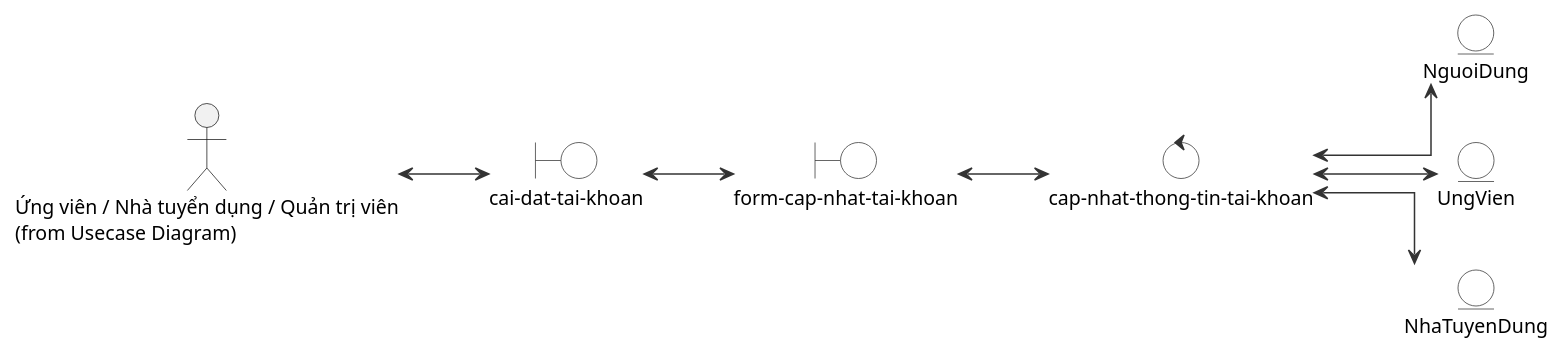
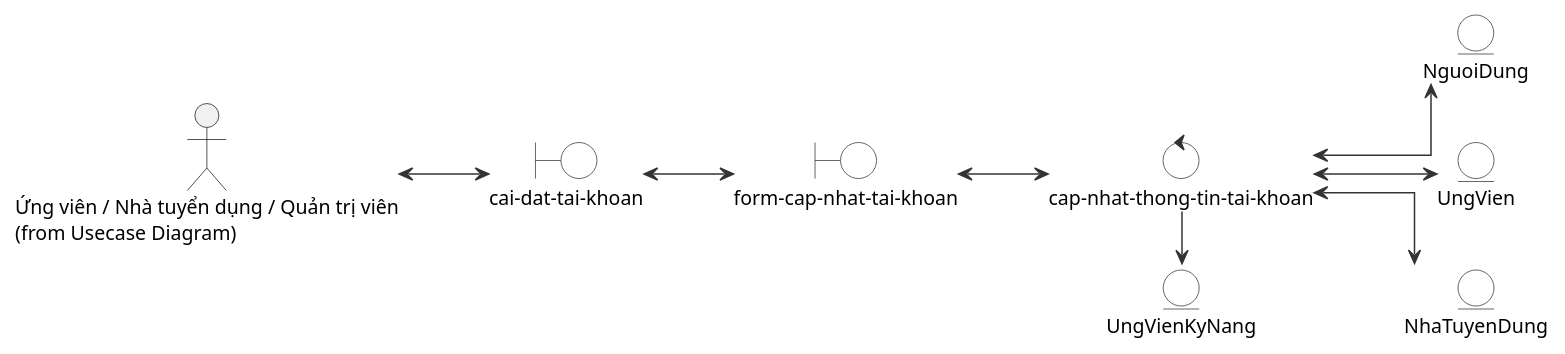
The diagram in docs/so-do/04-robustness/07-robustness-cap-nhat-thong-tin-tai-khoan.puml (hole-six/DoAn), drawn with PlantUML before and after one commit. The commit also changed 66 other files, not shown here.

```diff
--- a/docs/so-do/04-robustness/07-robustness-cap-nhat-thong-tin-tai-khoan.puml
+++ b/docs/so-do/04-robustness/07-robustness-cap-nhat-thong-tin-tai-khoan.puml
@@ -1,39 +1,41 @@
 @startuml
 skinparam defaultFontName "Segoe UI"
 skinparam defaultFontSize 13
 skinparam shadowing false
 skinparam linetype ortho
 left to right direction
 skinparam actorStyle stick
 skinparam roundcorner 8
 skinparam ArrowColor #333333
 skinparam rectangleBorderColor #333333
 skinparam boundary {
   BackgroundColor White
   BorderColor #333333
 }
 skinparam control {
   BackgroundColor White
   BorderColor #333333
 }
 skinparam entity {
   BackgroundColor White
   BorderColor #333333
 }
 
 actor "Ứng viên / Nhà tuyển dụng / Quản trị viên\n(from Usecase Diagram)" as Actor
 boundary "cai-dat-tai-khoan" as UI
 boundary "form-cap-nhat-tai-khoan" as Form
 control "cap-nhat-thong-tin-tai-khoan" as Controller
 
 entity "NguoiDung" as MainEntity
 entity "UngVien" as E1
 entity "NhaTuyenDung" as E2
 
 Actor <--> UI
 UI <--> Form
 Form <--> Controller
 Controller <--> MainEntity
 Controller <--> E1
 Controller <--> E2
+entity "UngVienKyNang" as UngVienKyNang
+Controller -right-> UngVienKyNang
 @enduml
```
